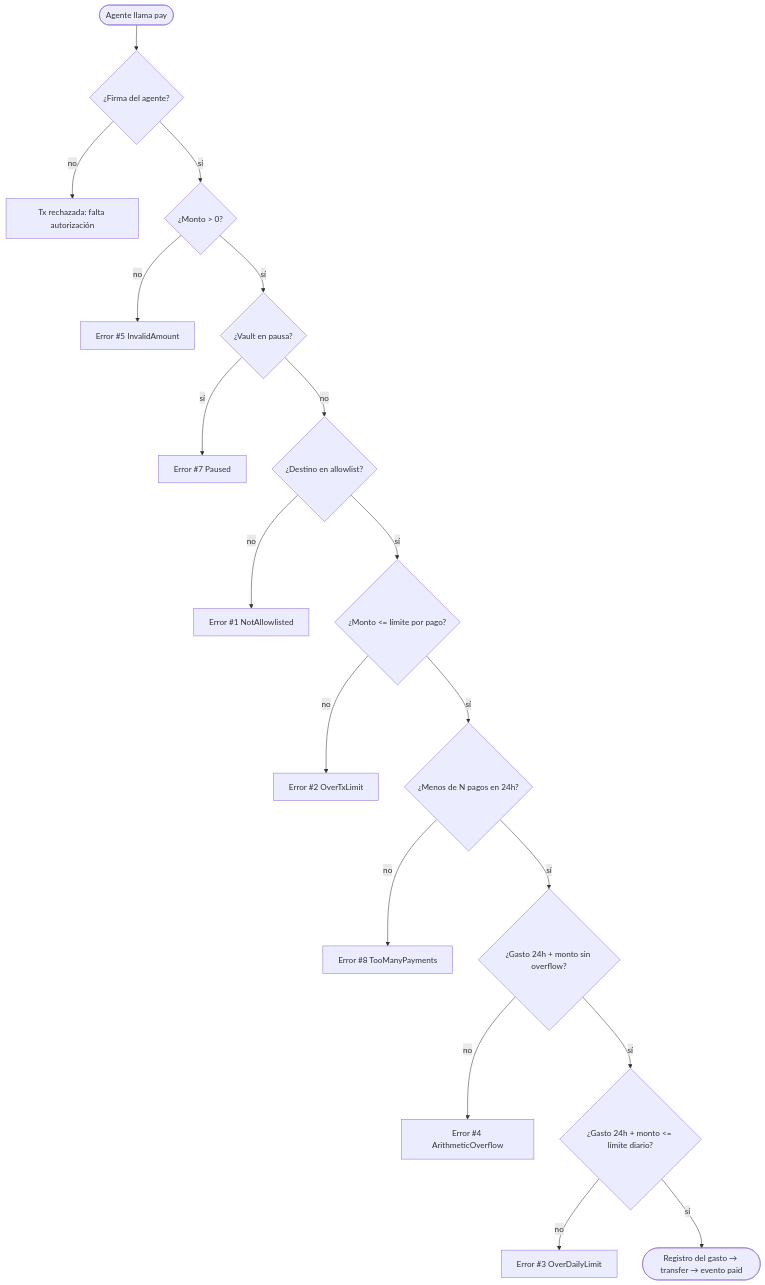
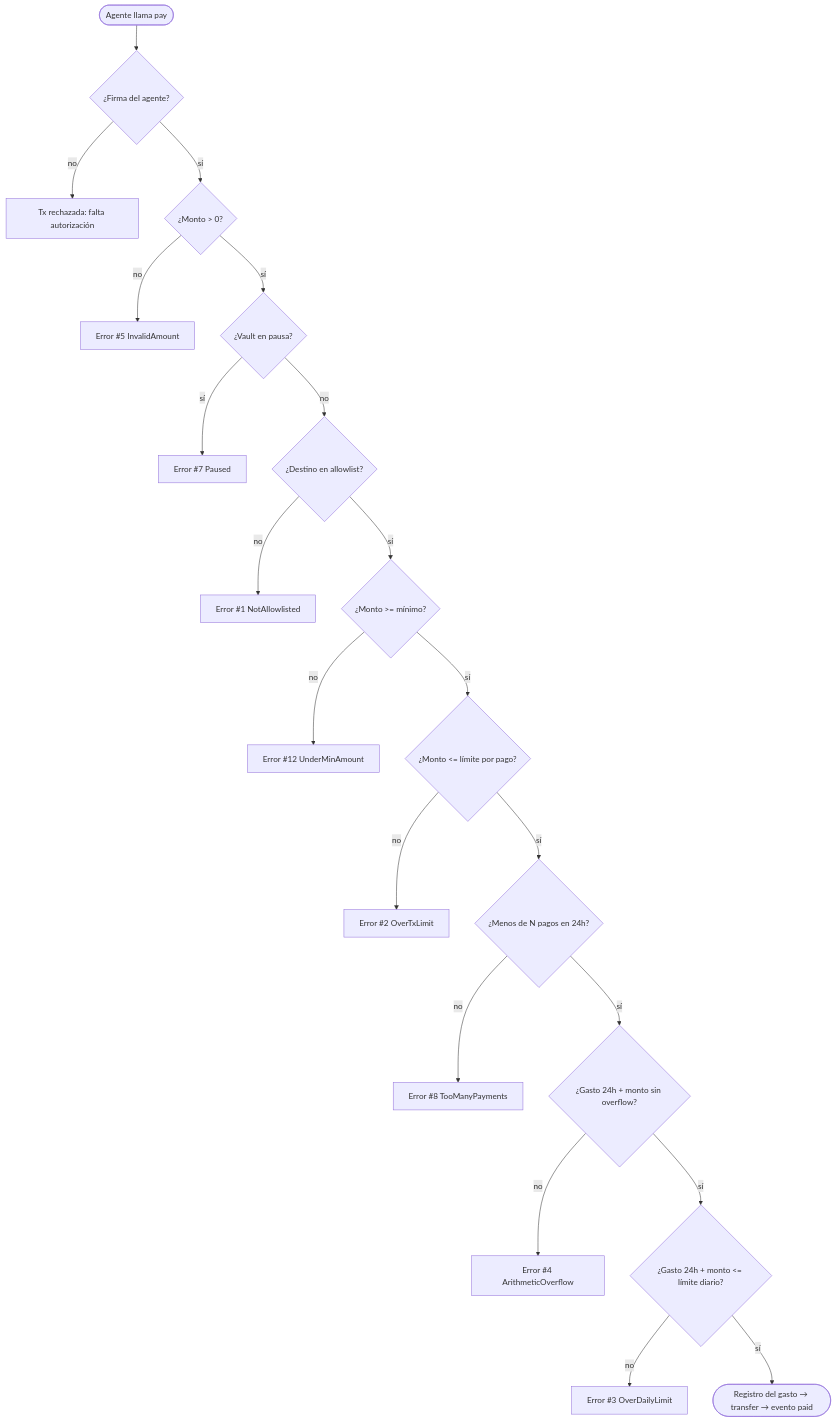
One commit to sandley7/CrimsonSentry changed the second of 3 diagrams in docs/ARQUITECTURA.md. Above: the diagram before and after it, drawn with Mermaid. The commit also changed other lines of this file and 22 other files, not shown here.

````diff
--- a/docs/ARQUITECTURA.md
+++ b/docs/ARQUITECTURA.md
@@ -22,20 +23,22 @@
 ```mermaid
 flowchart TD
     Start([Agente llama pay]) --> Auth{¿Firma del agente?}
     Auth -- no --> EA[Tx rechazada: falta autorización]
     Auth -- sí --> Amount{¿Monto > 0?}
     Amount -- no --> E5[Error #5 InvalidAmount]
     Amount -- sí --> Paused{¿Vault en pausa?}
     Paused -- sí --> E7[Error #7 Paused]
     Paused -- no --> Allow{¿Destino en allowlist?}
     Allow -- no --> E1[Error #1 NotAllowlisted]
-    Allow -- sí --> TxLimit{¿Monto <= límite por pago?}
+    Allow -- sí --> Min{¿Monto >= mínimo?}
+    Min -- no --> E12[Error #12 UnderMinAmount]
+    Min -- sí --> TxLimit{¿Monto <= límite por pago?}
     TxLimit -- no --> E2[Error #2 OverTxLimit]
     TxLimit -- sí --> Count{¿Menos de N pagos en 24h?}
     Count -- no --> E8[Error #8 TooManyPayments]
     Count -- sí --> Overflow{¿Gasto 24h + monto sin overflow?}
     Overflow -- no --> E4[Error #4 ArithmeticOverflow]
     Overflow -- sí --> Daily{¿Gasto 24h + monto <= límite diario?}
     Daily -- no --> E3[Error #3 OverDailyLimit]
     Daily -- sí --> OK([Registro del gasto → transfer → evento paid])
 ```
````
